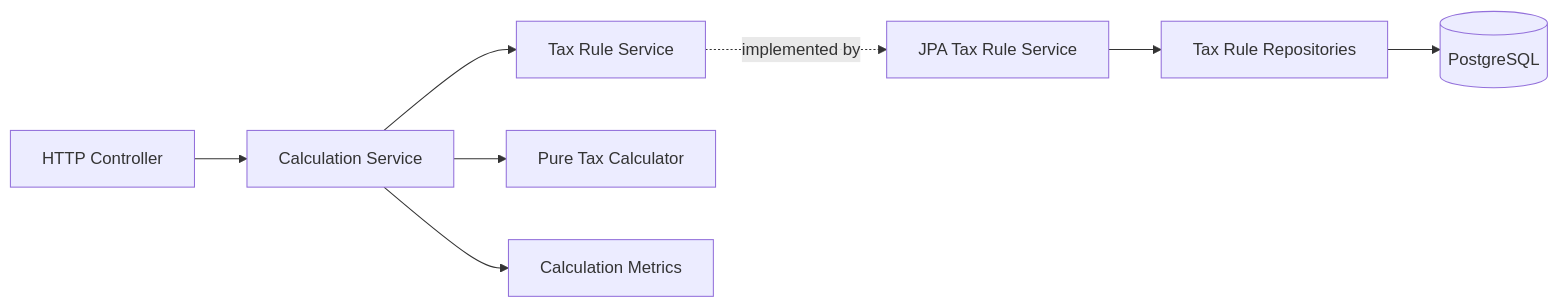
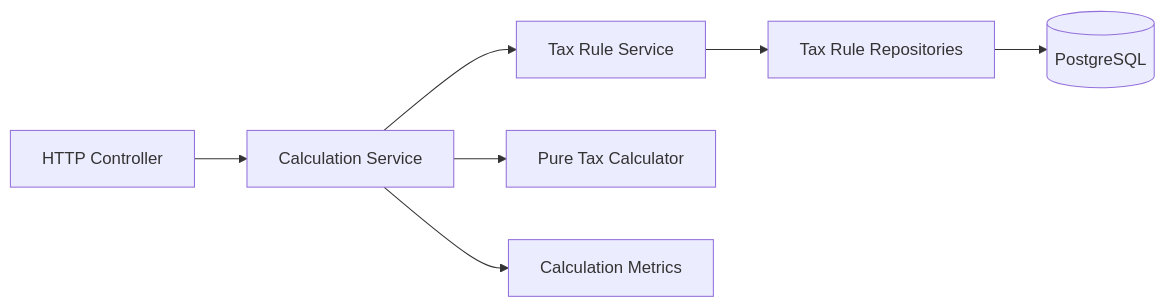
One commit to igrgin/congestion-tax-calculator changed the diagram in docs/design/architecture.md. Above: the diagram before and after it, drawn with Mermaid. The commit also changed other lines of this file and 22 other files, not shown here.

Commit message:
#3 Reorganize calculation and tax rule packages

````diff
--- a/docs/design/architecture.md
+++ b/docs/design/architecture.md
@@ -7,13 +7,11 @@
 ```mermaid
 flowchart LR
     API["HTTP Controller"] --> APP["Calculation Service"]
     APP --> RULE["Tax Rule Service"]
     APP --> CALC["Pure Tax Calculator"]
     APP --> METRICS["Calculation Metrics"]
 
-    RULE -. "implemented by" .-> RULE_JPA["JPA Tax Rule Service"]
-
-    RULE_JPA --> RULE_REPO["Tax Rule Repositories"]
+    RULE --> RULE_REPO["Tax Rule Repositories"]
 
     RULE_REPO --> DB[("PostgreSQL")]
 ```
````
